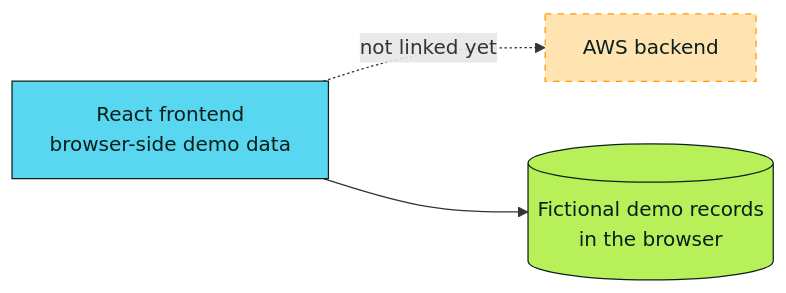
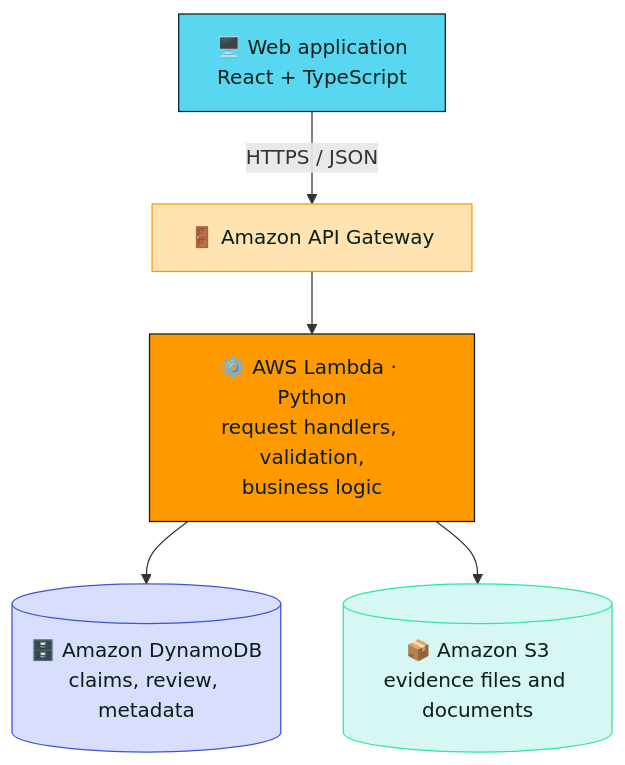
Before and after one commit to Alcatraz234156/CycleProof: the second of 3 diagrams in README.md, drawn with Mermaid. The commit also changed other lines of this file, not shown here.

````diff
--- a/README.md
+++ b/README.md
@@ -218,9 +182,19 @@
 ```mermaid
-flowchart LR
-    UI[React frontend<br/>browser-side demo data] -. not linked yet .-> API[AWS backend]
-    UI --> Demo[(Fictional demo records<br/>in the browser)]
+flowchart TB
+    Web["🖥️ Web application<br/>React + TypeScript"]
+    GW["🚪 Amazon API Gateway"]
+    FN["⚙️ AWS Lambda · Python<br/>request handlers, validation,<br/>business logic"]
+    DB[("🗄️ Amazon DynamoDB<br/>claims, review, metadata")]
+    S3[("📦 Amazon S3<br/>evidence files and documents")]
 
-    style UI fill:#5ad7f0,stroke:#0b1f1a,color:#0b1f1a
-    style API fill:#ffe3b0,stroke:#FF9900,color:#0b1f1a,stroke-dasharray: 5 5
-    style Demo fill:#b8f05a,stroke:#0b1f1a,color:#0b1f1a
+    Web -- "HTTPS / JSON" --> GW
+    GW --> FN
+    FN --> DB
+    FN --> S3
+
+    style Web fill:#5ad7f0,stroke:#0b1f1a,color:#0b1f1a
+    style GW fill:#ffe3b0,stroke:#FF9900,color:#0b1f1a
+    style FN fill:#FF9900,stroke:#0b1f1a,color:#0b1f1a
+    style DB fill:#d8defc,stroke:#4053D6,color:#0b1f1a
+    style S3 fill:#d6f7f4,stroke:#2ee6a0,color:#0b1f1a
 ```
````
